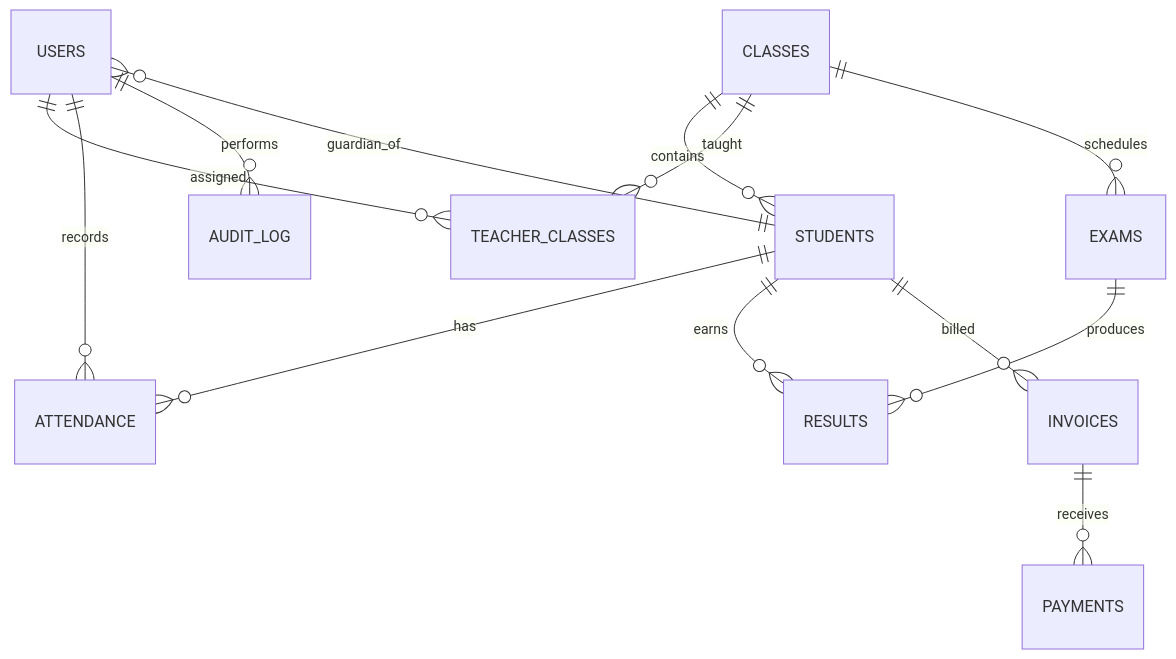
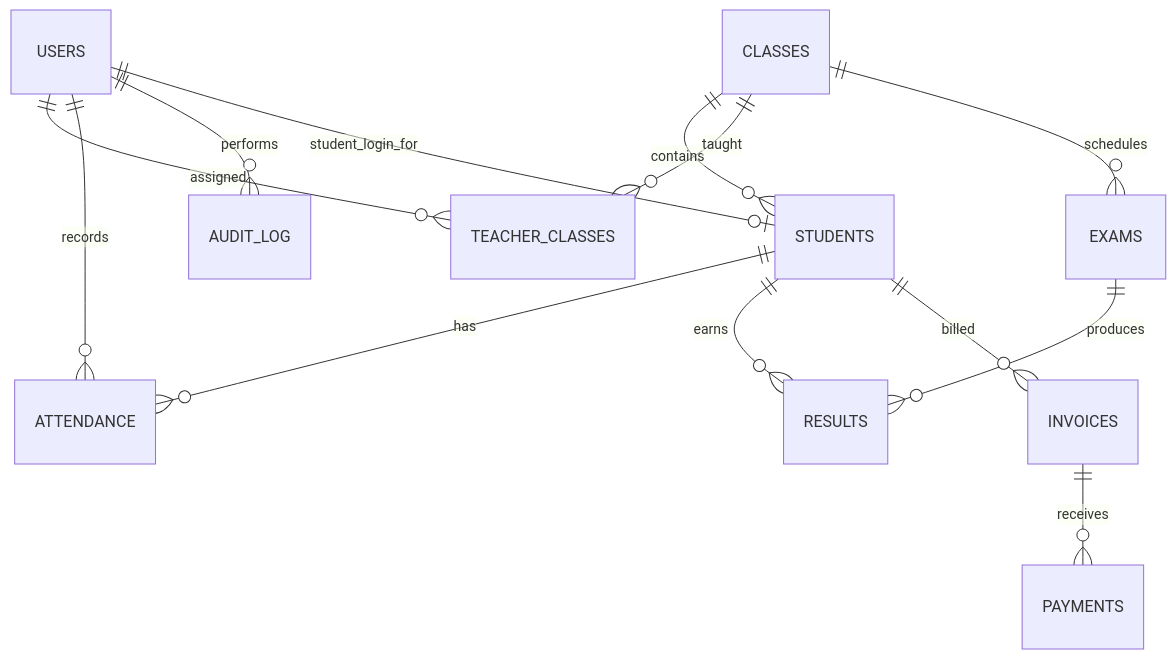
Before and after one commit to chandravardhanpeddineni-cloud/SchoolManagementSystem: the diagram in README.md, drawn with Mermaid. The commit also changed other lines of this file and 8 other files, not shown here.

Commit message:
Replace guardian portal with student role

````diff
--- a/README.md
+++ b/README.md
@@ -31,15 +31,15 @@
 ```mermaid
 erDiagram
   CLASSES ||--o{ STUDENTS : contains
   USERS ||--o{ TEACHER_CLASSES : assigned
   CLASSES ||--o{ TEACHER_CLASSES : taught
   STUDENTS ||--o{ ATTENDANCE : has
   USERS ||--o{ ATTENDANCE : records
   CLASSES ||--o{ EXAMS : schedules
   EXAMS ||--o{ RESULTS : produces
   STUDENTS ||--o{ RESULTS : earns
   STUDENTS ||--o{ INVOICES : billed
   INVOICES ||--o{ PAYMENTS : receives
   USERS ||--o{ AUDIT_LOG : performs
-  USERS }o--|| STUDENTS : guardian_of
+  USERS ||--o| STUDENTS : student_login_for
 ```
````
